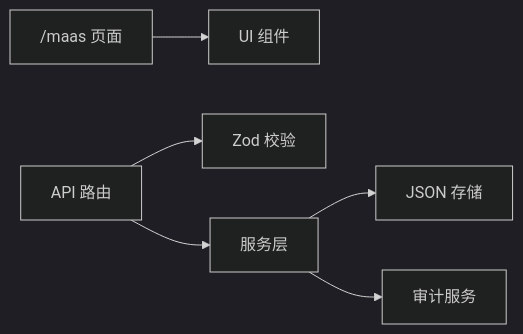
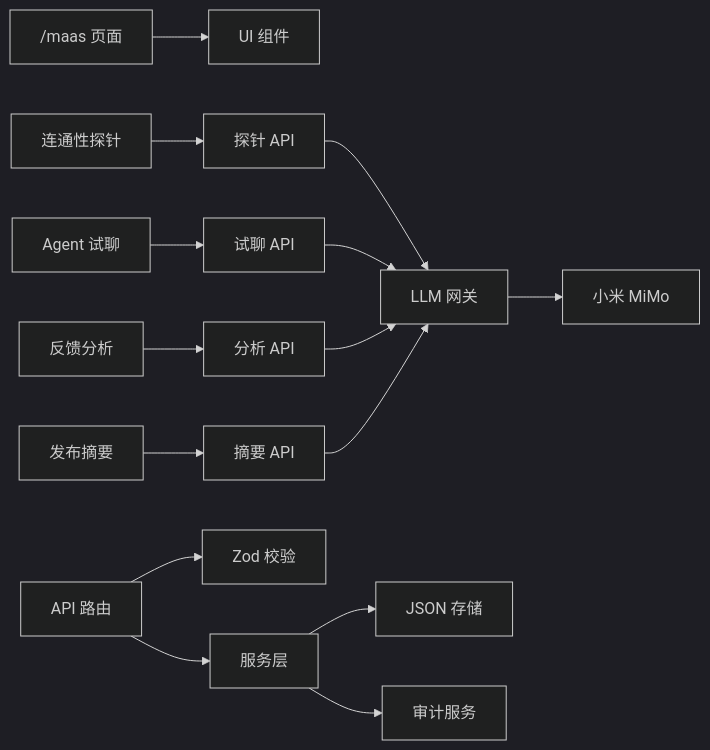
One commit to ai-guru-global/agent-up changed the sixth of 6 diagrams in .qoder/repowiki/zh/content/功能模块/MaaS 模型服务集成.md. Above: the diagram before and after it, drawn with Mermaid (dark theme). The commit also changed other lines of this file and 32 other files, not shown here.

````diff
--- a/.qoder/repowiki/zh/content/功能模块/MaaS 模型服务集成.md
+++ b/.qoder/repowiki/zh/content/功能模块/MaaS 模型服务集成.md
@@ -241,8 +336,17 @@
 ```mermaid
 graph LR
 MAAS["/maas 页面"] --> UI["UI 组件"]
+PROBE["连通性探针"] --> PROBE_API["探针 API"]
+CHAT["Agent 试聊"] --> CHAT_API["试聊 API"]
+PROBE_API --> LLM_SVC["LLM 网关"]
+CHAT_API --> LLM_SVC
+FEEDBACK["反馈分析"] --> FEEDBACK_API["分析 API"]
+RELEASE["发布摘要"] --> RELEASE_API["摘要 API"]
+FEEDBACK_API --> LLM_SVC
+RELEASE_API --> LLM_SVC
+LLM_SVC --> MIMO["小米 MiMo"]
 API["API 路由"] --> SCH["Zod 校验"]
 API --> SVC["服务层"]
 SVC --> STORE["JSON 存储"]
 SVC --> AUDIT["审计服务"]
 ```
````
